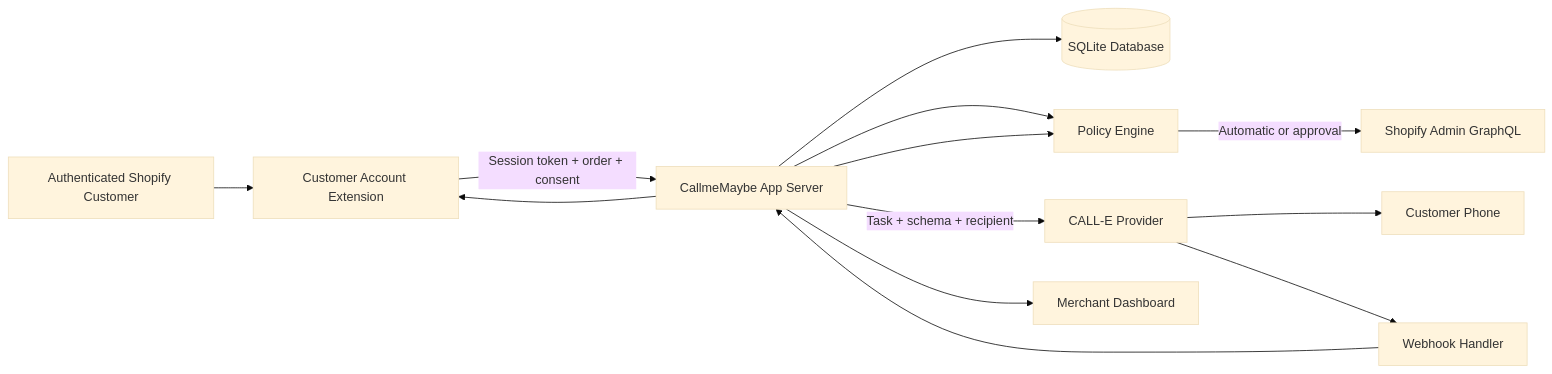
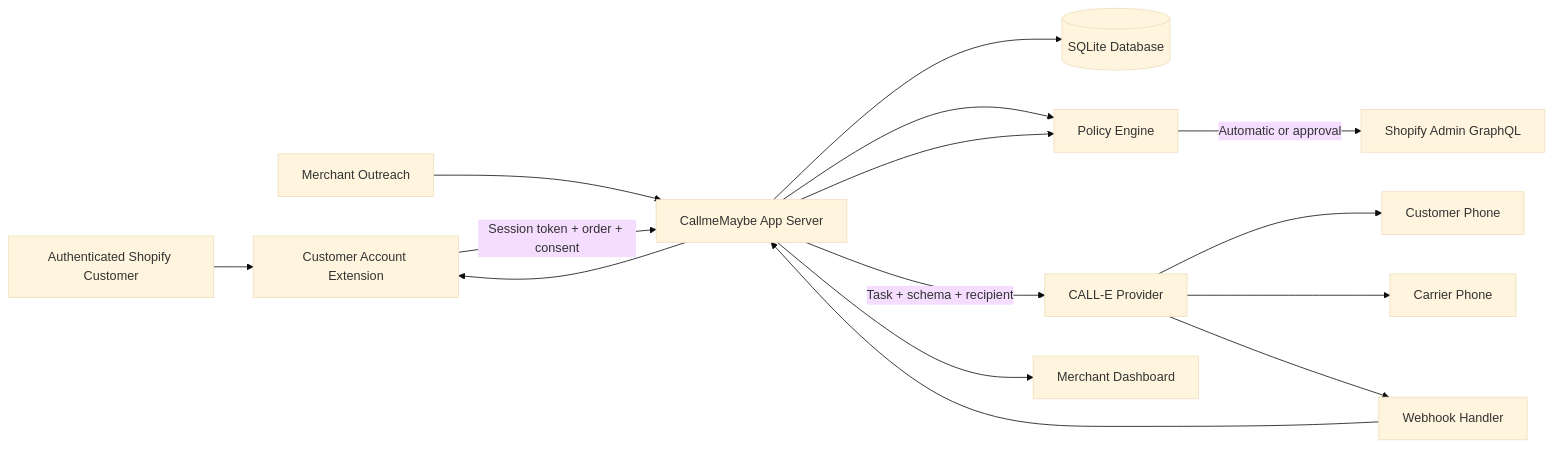
Before and after one commit to jongan69/callmemaybe: the diagram in docs/ARCHITECTURE.md, drawn with Mermaid (base theme). The commit also changed other lines of this file and 59 other files, not shown here.

````diff
--- a/docs/ARCHITECTURE.md
+++ b/docs/ARCHITECTURE.md
@@ -9,26 +12,30 @@
 ```mermaid
 flowchart LR
     C[Authenticated Shopify Customer]
+    O[Merchant Outreach]
     E[Customer Account Extension]
     A[CallmeMaybe App Server]
     D[(SQLite Database)]
     P[Policy Engine]
     CE[CALL-E Provider]
     PH[Customer Phone]
+    CP[Carrier Phone]
     W[Webhook Handler]
     S[Shopify Admin GraphQL]
     M[Merchant Dashboard]
 
     C --> E
+    O --> A
     E -->|Session token + order + consent| A
     A --> D
     A --> P
     A -->|Task + schema + recipient| CE
     CE --> PH
+    CE --> CP
     CE --> W
     W --> A
     A --> P
     P -->|Automatic or approval| S
     A --> M
     A --> E
 ```
````
